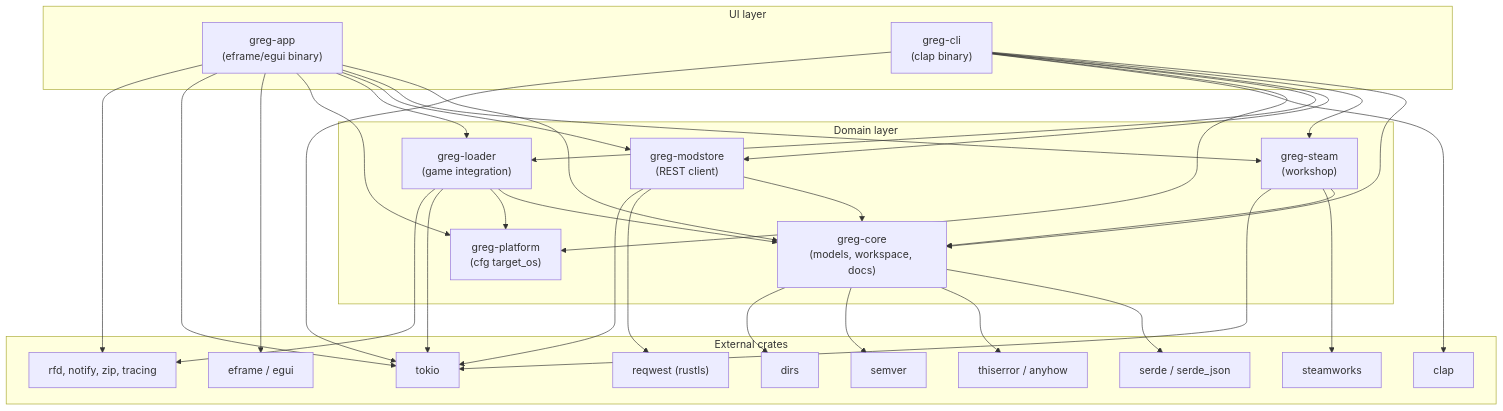
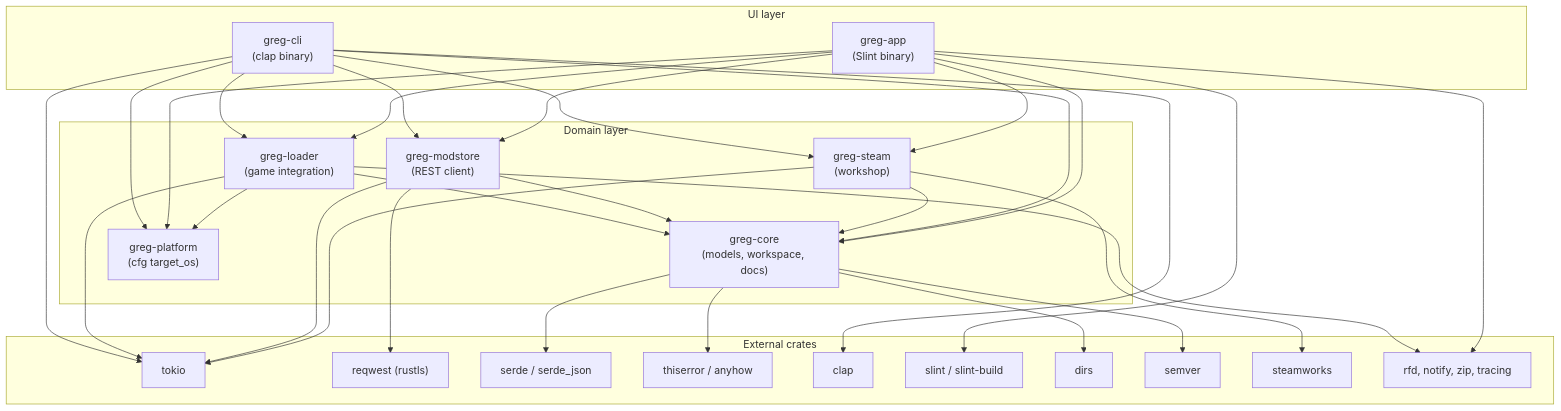
Before and after one commit to mleem97/gregModmanager: the diagram in RUST_GRAPH.md, drawn with Mermaid. The commit also changed other lines of this file and 6 other files, not shown here.

First line of the commit message:
feat: Workshop gallery screenshots upload (second update flow)

````diff
--- a/RUST_GRAPH.md
+++ b/RUST_GRAPH.md
@@ -25,57 +25,56 @@
 ```mermaid
 graph TD
     subgraph ui["UI layer"]
-        APP["greg-app<br/>(eframe/egui binary)"]
+        APP["greg-app<br/>(Slint binary)"]
         CLI["greg-cli<br/>(clap binary)"]
     end
     subgraph domain["Domain layer"]
         CORE["greg-core<br/>(models, workspace, docs)"]
         STEAM["greg-steam<br/>(workshop)"]
         STORE["greg-modstore<br/>(REST client)"]
         LOADER["greg-loader<br/>(game integration)"]
         PLAT["greg-platform<br/>(cfg target_os)"]
     end
     subgraph ext["External crates"]
         TOKIO["tokio"]
         REQWEST["reqwest (rustls)"]
         SERDE["serde / serde_json"]
         ERR["thiserror / anyhow"]
         CLAP["clap"]
-        EFRAME["eframe / egui"]
+        SLINT["slint / slint-build"]
         DIRS["dirs"]
         SEMVER["semver"]
         SW["steamworks"]
         MISC["rfd, notify, zip, tracing"]
     end
 
     APP --> CORE
     APP --> STEAM
     APP --> STORE
     APP --> LOADER
     CLI --> CORE
     CLI --> STEAM
     CLI --> STORE
     CLI --> LOADER
     STEAM --> CORE
     STORE --> CORE
     LOADER --> CORE
     LOADER --> PLAT
     APP --> PLAT
     CLI --> PLAT
 
     CORE --> SERDE
     CORE --> ERR
     CORE --> SEMVER
     CORE --> DIRS
     STEAM --> SW
     STEAM --> TOKIO
     STORE --> REQWEST
     STORE --> TOKIO
     LOADER --> TOKIO
-    APP --> EFRAME
-    APP --> TOKIO
     CLI --> CLAP
     CLI --> TOKIO
+    APP --> SLINT
     APP --> MISC
     LOADER --> MISC
 ```
````
